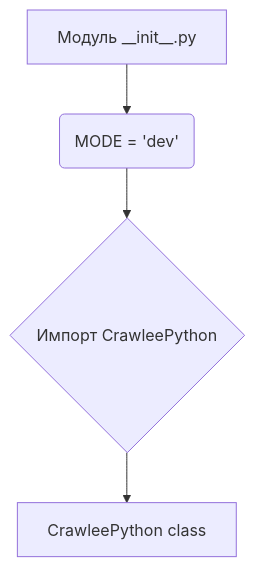
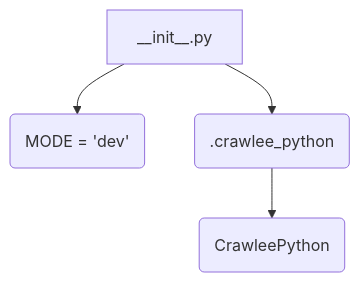
One commit to hypo69/hypo changed the first of 2 diagrams in docs/gemini/ru/explainer/src/webdriver/crawlee_python/__init__.md. Above: the diagram before and after it, drawn with Mermaid. The commit also changed other lines of this file and 311 other files, not shown here.

````diff
--- a/docs/gemini/ru/explainer/src/webdriver/crawlee_python/__init__.md
+++ b/docs/gemini/ru/explainer/src/webdriver/crawlee_python/__init__.md
@@ -25,6 +22,6 @@
 ```mermaid
 graph TD
-    A[Модуль __init__.py] --> B(MODE = 'dev');
-    B --> C{Импорт CrawleePython};
-    C --> D[CrawleePython class];
+    A[__init__.py] --> B(MODE = 'dev');
+    A --> C(.crawlee_python);
+    C --> D(CrawleePython);
 ```
````
